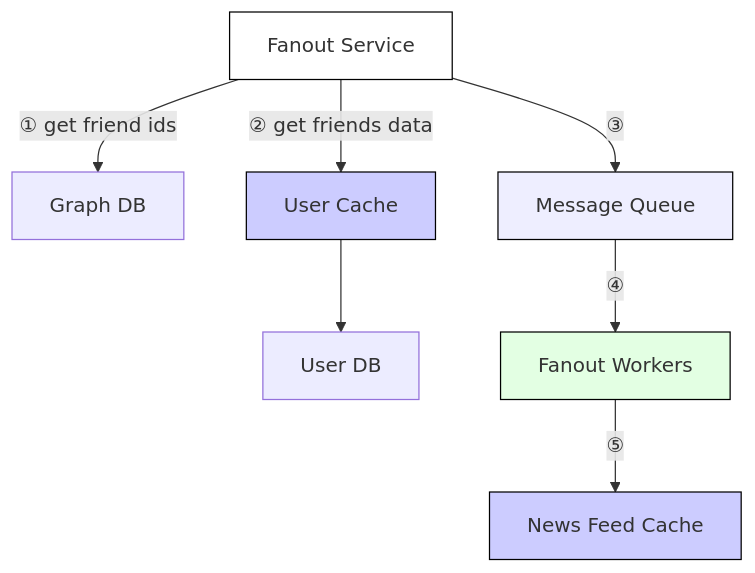
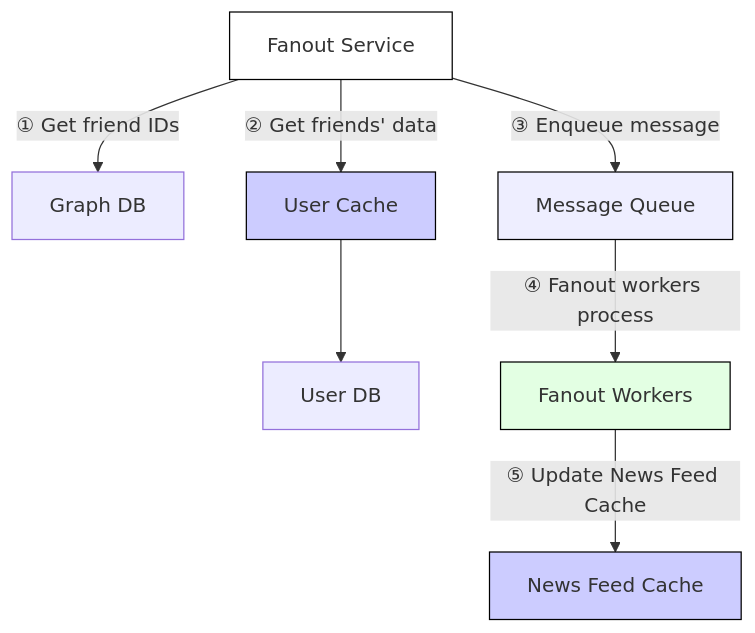
The fourth of 6 diagrams in 10.NewsFeed.md (NalinDalal/system-design), drawn with Mermaid before and after one commit. The commit also changed other lines of this file and 1 other file, not shown here.

Commit message:
News feed

````diff
--- a/10.NewsFeed.md
+++ b/10.NewsFeed.md
@@ -152,16 +151,16 @@
 ```mermaid
 flowchart TD
-    FS["Fanout Service"] -->|① get friend ids| GDB["Graph DB"]
-    FS -->|② get friends data| UC["User Cache"]
+    FS["Fanout Service"] -->|① Get friend IDs| GDB["Graph DB"]
+    FS -->|② Get friends' data| UC["User Cache"]
     UC --> UDB["User DB"]
 
-    FS -->|③| MQ["Message Queue"]
-    MQ -->|④| FW["Fanout Workers"]
-    FW -->|⑤| NFC["News Feed Cache"]
+    FS -->|③ Enqueue message| MQ["Message Queue"]
+    MQ -->|④ Fanout workers process| FW["Fanout Workers"]
+    FW -->|⑤ Update News Feed Cache| NFC["News Feed Cache"]
 
     style FS fill:#fff,stroke:#000,stroke-width:1px
     style MQ fill:#eef,stroke:#000,stroke-width:1px
     style FW fill:#e3ffe3,stroke:#000,stroke-width:1px
     style NFC fill:#ccf,stroke:#000,stroke-width:1px
     style UC fill:#ccf,stroke:#000,stroke-width:1px
 ```
````
